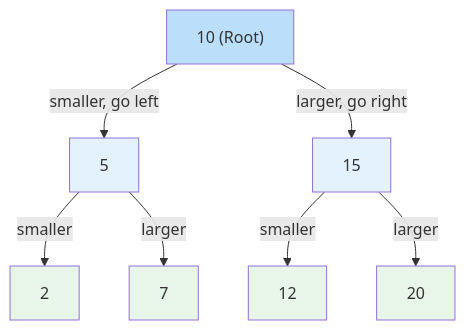
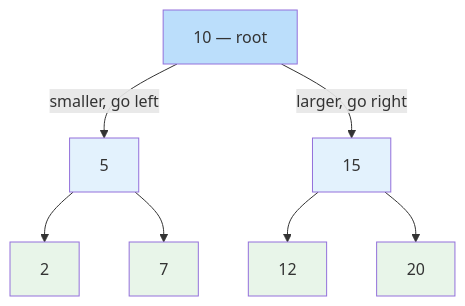
One commit to su-ntu-sctp/ai-3.5-data-structures-and-algorithms-p2 changed the third of 3 diagrams in lesson.md. Above: the diagram before and after it, drawn with Mermaid. The commit also changed other lines of this file and 1 other file, not shown here.

````diff
--- a/lesson.md
+++ b/lesson.md
@@ -469,25 +382,25 @@
 ```mermaid
 graph TD
-    N10["10 (Root)"]
+    N10["10 — root"]
     N5["5"]
     N15["15"]
     N2["2"]
     N7["7"]
     N12["12"]
     N20["20"]
 
     N10 -->|"smaller, go left"| N5
     N10 -->|"larger, go right"| N15
-    N5 -->|"smaller"| N2
-    N5 -->|"larger"| N7
-    N15 -->|"smaller"| N12
-    N15 -->|"larger"| N20
+    N5 --> N2
+    N5 --> N7
+    N15 --> N12
+    N15 --> N20
 
     style N10 fill:#bbdefb
     style N5 fill:#e3f2fd
     style N15 fill:#e3f2fd
     style N2 fill:#e8f5e9
     style N7 fill:#e8f5e9
     style N12 fill:#e8f5e9
     style N20 fill:#e8f5e9
 ```
````
